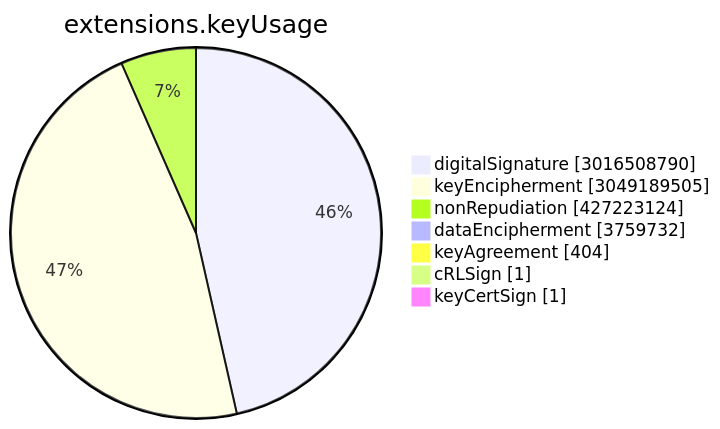
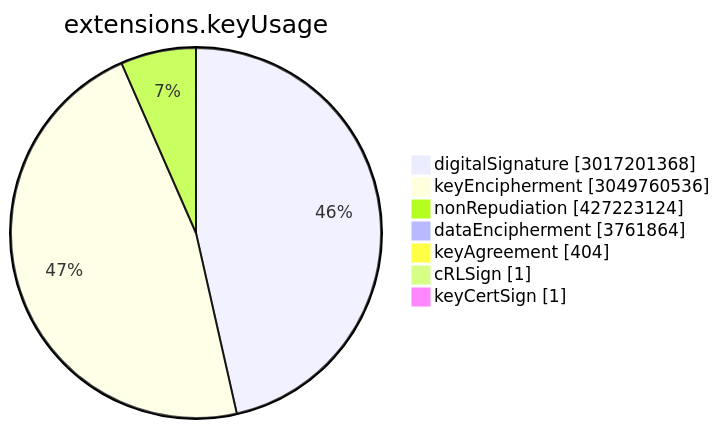
One commit to christiankrug/ctmonitor_visualization changed the sixth of 15 diagrams in TOTAL/README.md. Above: the diagram before and after it, drawn with Mermaid. The commit also changed other lines of this file, not shown here.

````diff
--- a/TOTAL/README.md
+++ b/TOTAL/README.md
@@ -3077,11 +3077,11 @@
 ```mermaid
 pie showData
 title extensions.keyUsage
-"digitalSignature" :3016508790
-"keyEncipherment" :3049189505
+"digitalSignature" :3017201368
+"keyEncipherment" :3049760536
 "nonRepudiation" :427223124
-"dataEncipherment" :3759732
+"dataEncipherment" :3761864
 "keyAgreement" :404
 "cRLSign" :1
 "keyCertSign" :1
 ```
````
